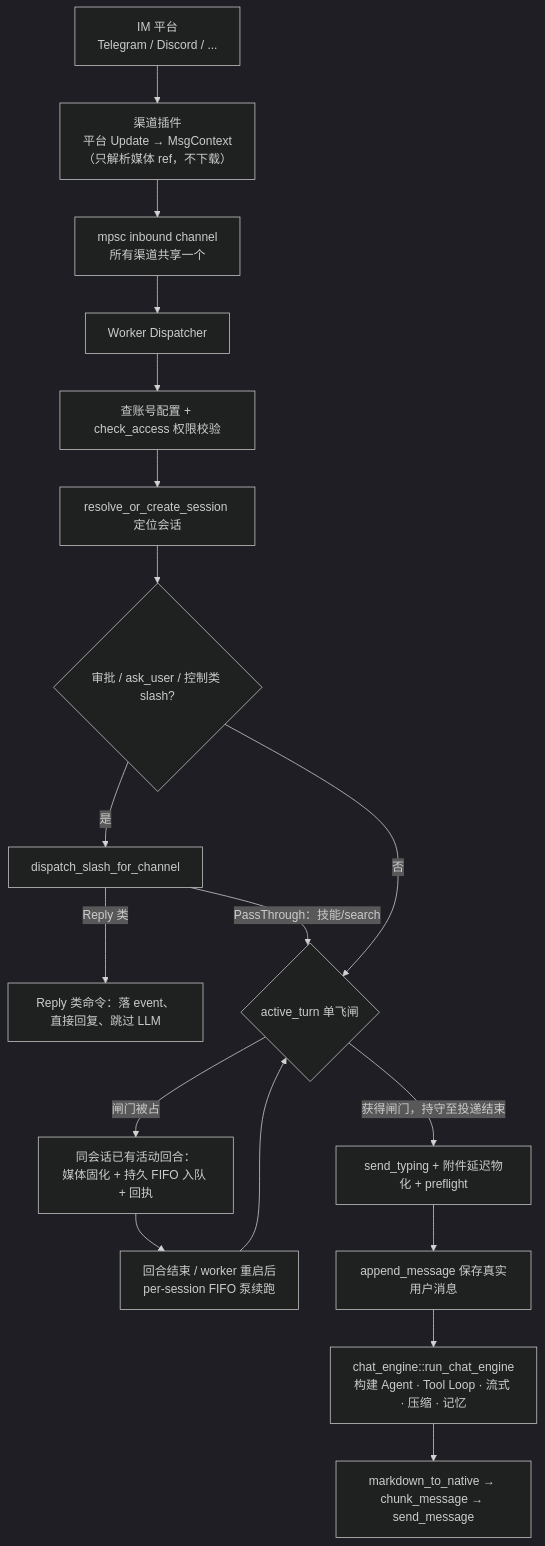
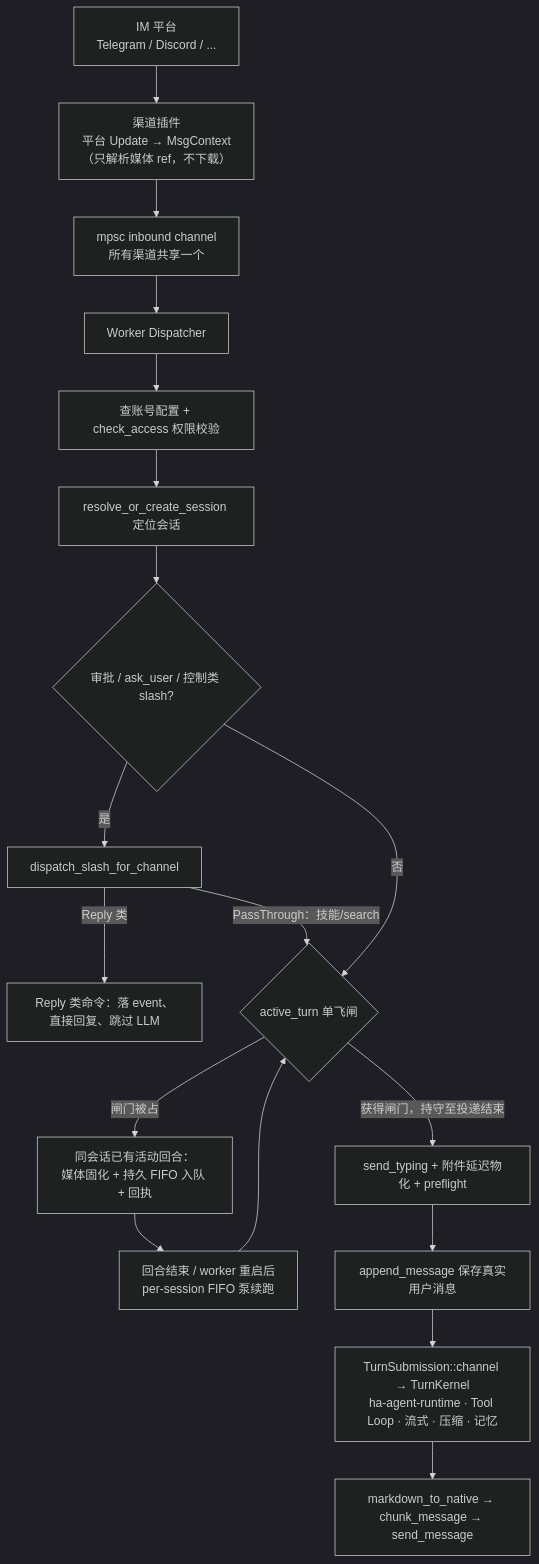
The second of 10 diagrams in mirrors/repos/shiwenwen@hope-agent/docs/architecture/integration/im-channel.md (gabrielmoreira/agent-skills-mirror), drawn with Mermaid (dark theme) before and after one commit. The commit also changed other lines of this file and 2396 other files, not shown here.

````diff
--- a/mirrors/repos/shiwenwen@hope-agent/docs/architecture/integration/im-channel.md
+++ b/mirrors/repos/shiwenwen@hope-agent/docs/architecture/integration/im-channel.md
@@ -392,27 +392,27 @@
 ```mermaid
 flowchart TD
     IM["IM 平台<br/>Telegram / Discord / ..."]
     PLUG["渠道插件<br/>平台 Update → MsgContext（只解析媒体 ref，不下载）"]
     MPSC["mpsc inbound channel<br/>所有渠道共享一个"]
     WORKER["Worker Dispatcher"]
     S1["查账号配置 + check_access 权限校验"]
     S2["resolve_or_create_session 定位会话"]
     D5{"审批 / ask_user / 控制类 slash?"}
     SLASH["dispatch_slash_for_channel"]
     REPLY["Reply 类命令：落 event、直接回复、跳过 LLM"]
     GATE{"active_turn 单飞闸"}
     BUSY["同会话已有活动回合：<br/>媒体固化 + 持久 FIFO 入队 + 回执"]
     PUMP["回合结束 / worker 重启后<br/>per-session FIFO 泵续跑"]
     PRE["send_typing + 附件延迟物化 + preflight"]
     SAVE["append_message 保存真实用户消息"]
-    ENGINE["chat_engine::run_chat_engine<br/>构建 Agent · Tool Loop · 流式 · 压缩 · 记忆"]
+    ENGINE["TurnSubmission::channel → TurnKernel<br/>ha-agent-runtime · Tool Loop · 流式 · 压缩 · 记忆"]
     OUT["markdown_to_native → chunk_message → send_message"]
 
     IM --> PLUG --> MPSC --> WORKER --> S1 --> S2 --> D5
     D5 -->|是| SLASH
     SLASH -->|Reply 类| REPLY
     SLASH -->|PassThrough：技能/search| GATE
     D5 -->|否| GATE
     GATE -->|闸门被占| BUSY --> PUMP --> GATE
     GATE -->|获得闸门，持守至投递结束| PRE --> SAVE --> ENGINE --> OUT
 ```
````
